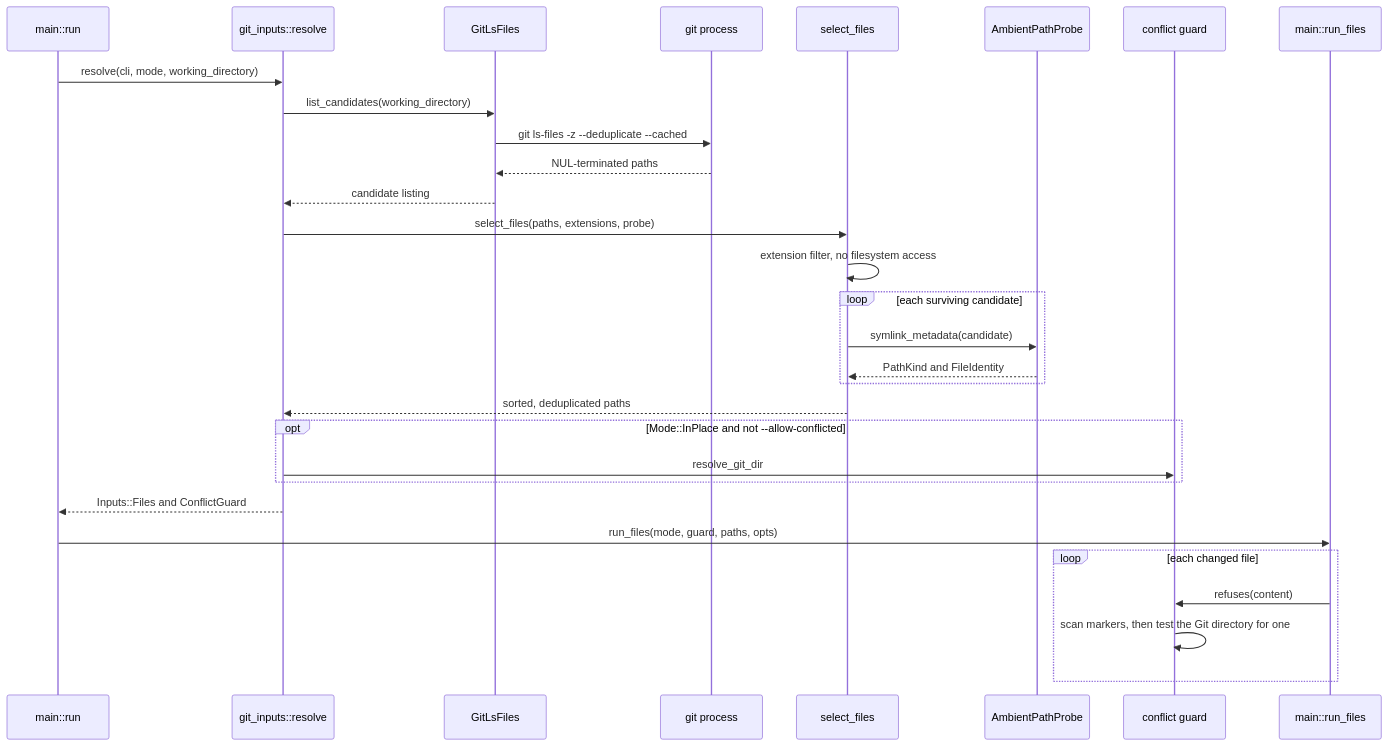
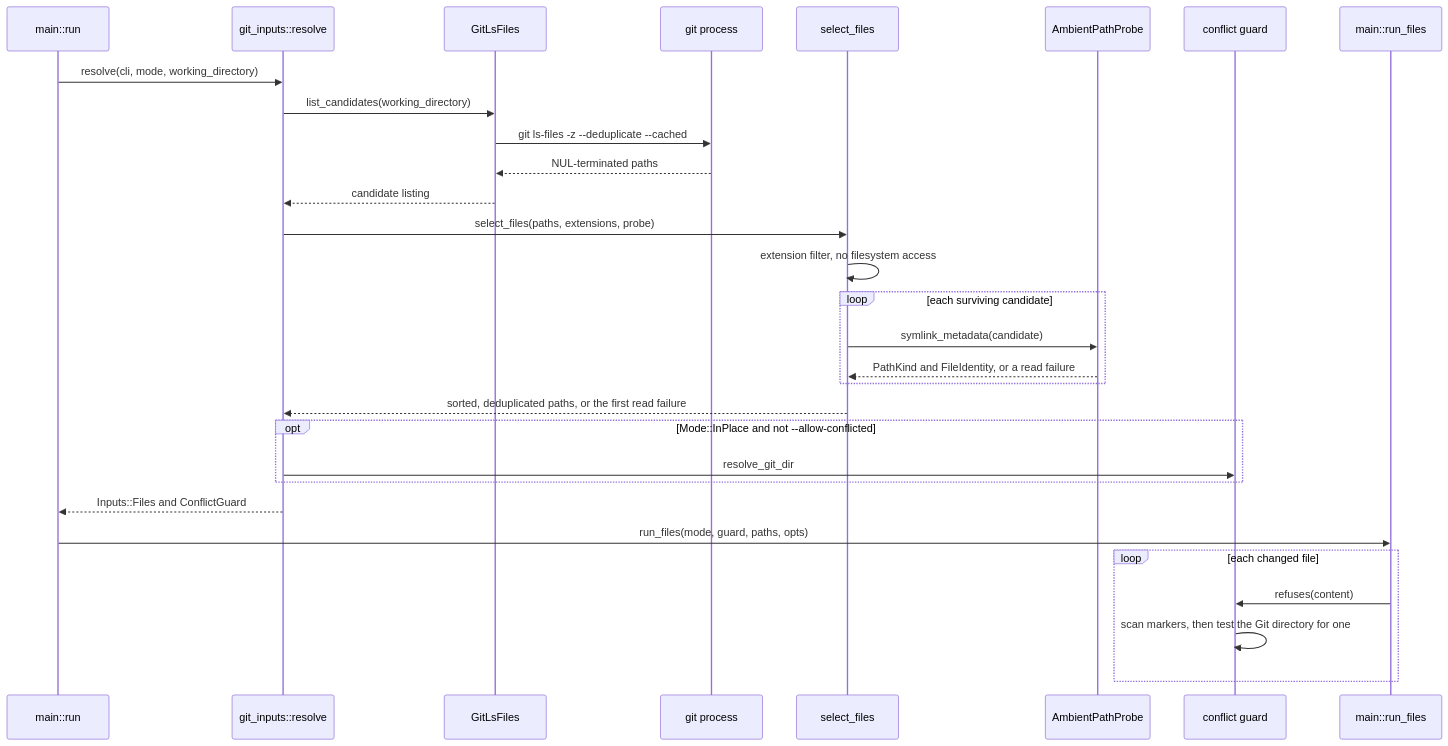
The eighth of 9 diagrams in docs/architecture.md (leynos/mdtablefix), drawn with Mermaid before and after one commit. The commit also changed other lines of this file and 13 other files, not shown here.

````diff
--- a/docs/architecture.md
+++ b/docs/architecture.md
@@ -859,33 +863,33 @@
 ```mermaid
 sequenceDiagram
     participant R as main::run
     participant GI as git_inputs::resolve
     participant GL as GitLsFiles
     participant GP as git process
     participant SP as select_files
     participant AP as AmbientPathProbe
     participant GR as conflict guard
     participant RF as main::run_files
 
     R->>GI: resolve(cli, mode, working_directory)
     GI->>GL: list_candidates(working_directory)
     GL->>GP: git ls-files -z --deduplicate --cached
     GP-->>GL: NUL-terminated paths
     GL-->>GI: candidate listing
     GI->>SP: select_files(paths, extensions, probe)
     SP->>SP: extension filter, no filesystem access
     loop each surviving candidate
         SP->>AP: symlink_metadata(candidate)
-        AP-->>SP: PathKind and FileIdentity
+        AP-->>SP: PathKind and FileIdentity, or a read failure
     end
-    SP-->>GI: sorted, deduplicated paths
+    SP-->>GI: sorted, deduplicated paths, or the first read failure
     opt Mode::InPlace and not --allow-conflicted
         GI->>GR: resolve_git_dir
     end
     GI-->>R: Inputs::Files and ConflictGuard
     R->>RF: run_files(mode, guard, paths, opts)
     loop each changed file
         RF->>GR: refuses(content)
         GR->>GR: scan markers, then test the Git directory for one
     end
 ```
````
